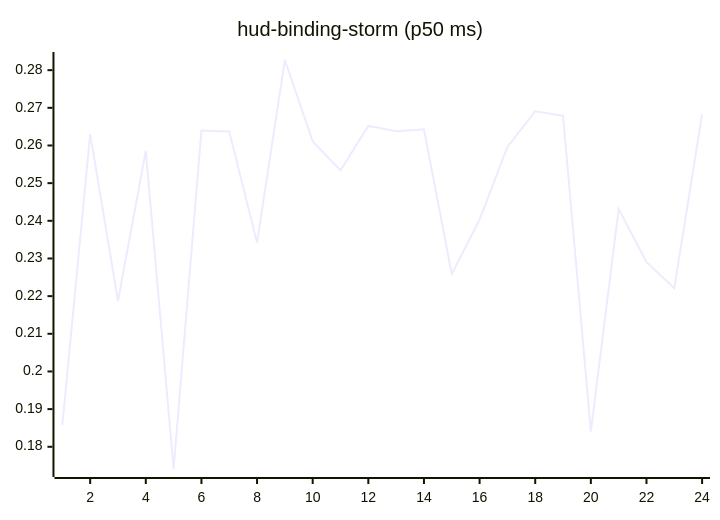
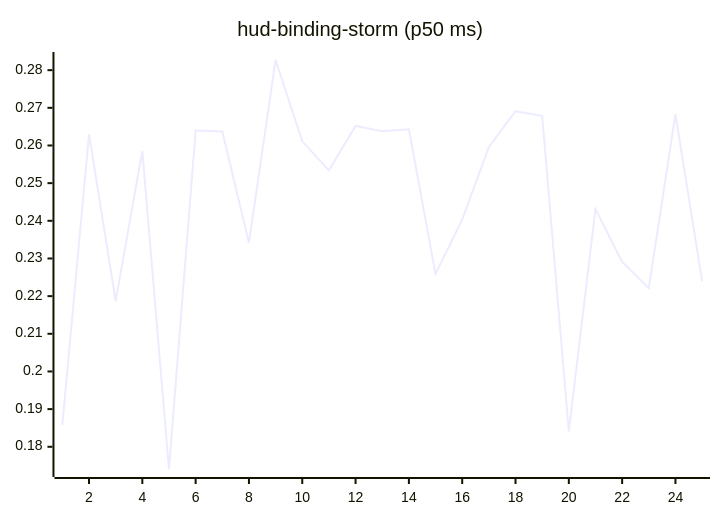
One commit to josha/Facet changed the tenth of 27 diagrams in README.md. Above: the diagram before and after it, drawn with Mermaid. The commit also changed other lines of this file and 2 other files, not shown here.

````diff
--- a/README.md
+++ b/README.md
@@ -126,6 +126,6 @@
 ```mermaid
 xychart-beta
     title "hud-binding-storm (p50 ms)"
-    x-axis 1 --> 24
-    line [0.1858, 0.2630, 0.2187, 0.2586, 0.1741, 0.2640, 0.2637, 0.2342, 0.2827, 0.2611, 0.2534, 0.2652, 0.2638, 0.2643, 0.2259, 0.2403, 0.2596, 0.2691, 0.2679, 0.1841, 0.2431, 0.2291, 0.2221, 0.2683]
+    x-axis 1 --> 25
+    line [0.1858, 0.2630, 0.2187, 0.2586, 0.1741, 0.2640, 0.2637, 0.2342, 0.2827, 0.2611, 0.2534, 0.2652, 0.2638, 0.2643, 0.2259, 0.2403, 0.2596, 0.2691, 0.2679, 0.1841, 0.2431, 0.2291, 0.2221, 0.2683, 0.2240]
 ```
````
